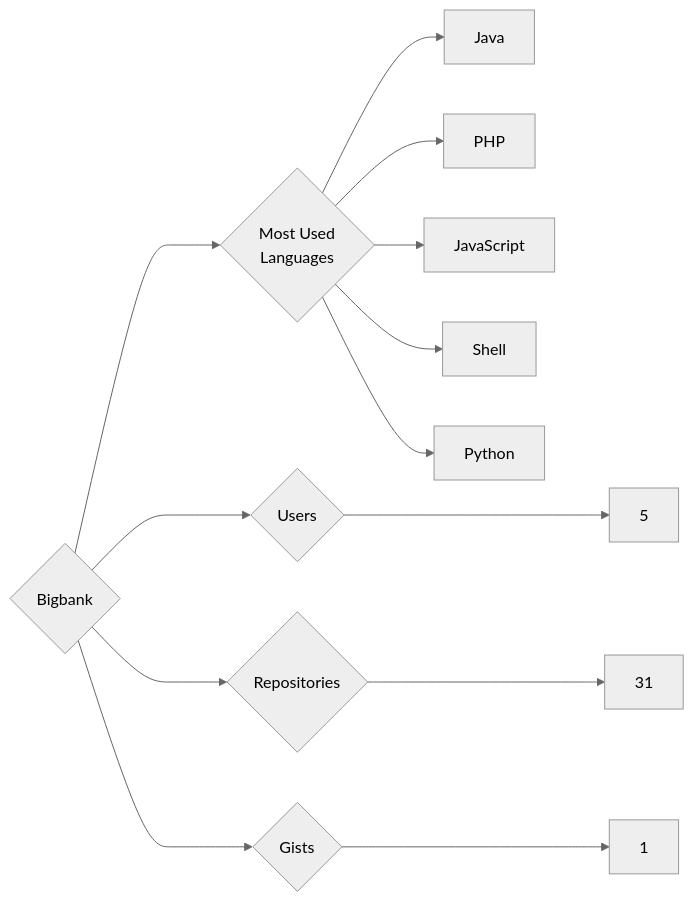
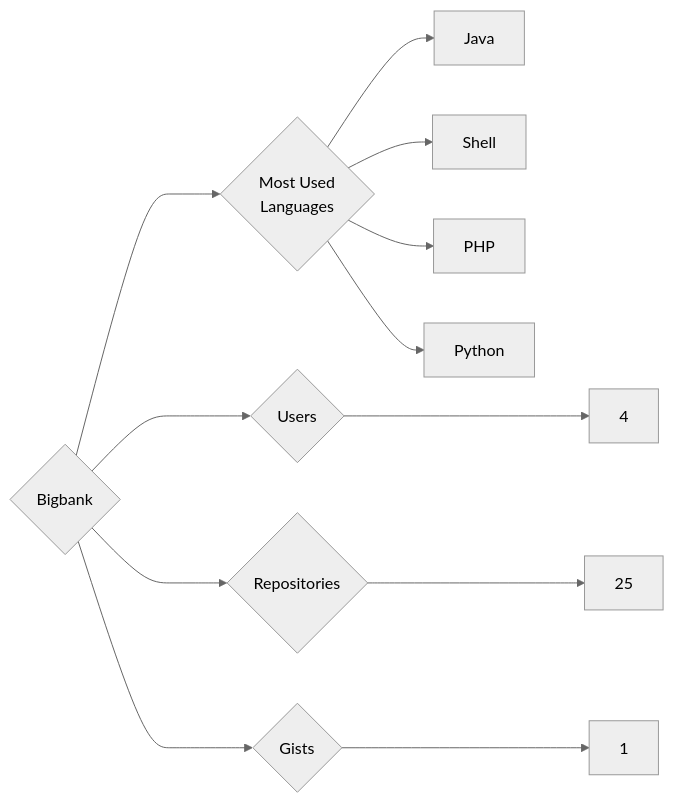
One commit to trickest/insiders changed the diagram in targets/Bigbank/README.md. Above: the diagram before and after it, drawn with Mermaid (neutral theme). The commit also changed 845 other files, not shown here.

````diff
--- a/targets/Bigbank/README.md
+++ b/targets/Bigbank/README.md
@@ -3,13 +3,12 @@
 ```mermaid
 graph LR
 COMPANY_NAME{Bigbank}
-COMPANY_NAME ---> U{Users} ---> UN[5]
-COMPANY_NAME ---> R{Repositories} ---> RN[31]
+COMPANY_NAME ---> U{Users} ---> UN[4]
+COMPANY_NAME ---> R{Repositories} ---> RN[25]
 COMPANY_NAME ---> G{Gists} ---> GN[1]
 COMPANY_NAME ---> ML{Most Used<br>Languages}
 ML --> Java[Java]
+ML --> Shell[Shell]
 ML --> PHP[PHP]
-ML --> JavaScript[JavaScript]
-ML --> Shell[Shell]
 ML --> Python[Python]
 ```
````
